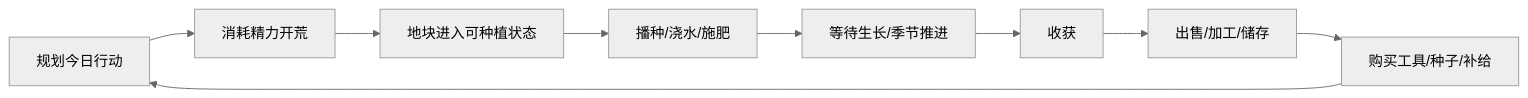
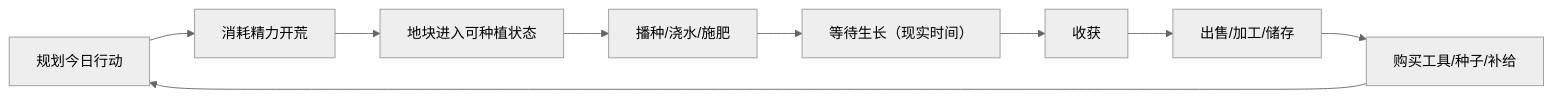
One commit to zhangfenglin/pan-entertainment-CD changed the diagram in docs/02-核心玩法.md. Above: the diagram before and after it, drawn with Mermaid (neutral theme). The commit also changed other lines of this file and 12 other files, not shown here.

````diff
--- a/docs/02-核心玩法.md
+++ b/docs/02-核心玩法.md
@@ -9,11 +9,11 @@
 ```mermaid
 flowchart LR
     A[规划今日行动] --> B[消耗精力开荒]
     B --> C[地块进入可种植状态]
     C --> D[播种/浇水/施肥]
-    D --> E[等待生长/季节推进]
+    D --> E[等待生长（现实时间）]
     E --> F[收获]
     F --> G[出售/加工/储存]
     G --> H[购买工具/种子/补给]
     H --> A
 ```
````
